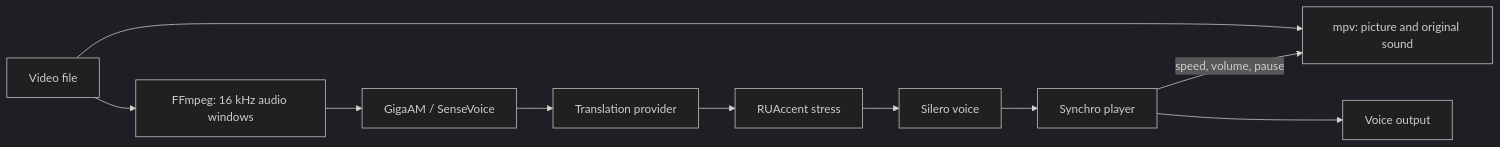
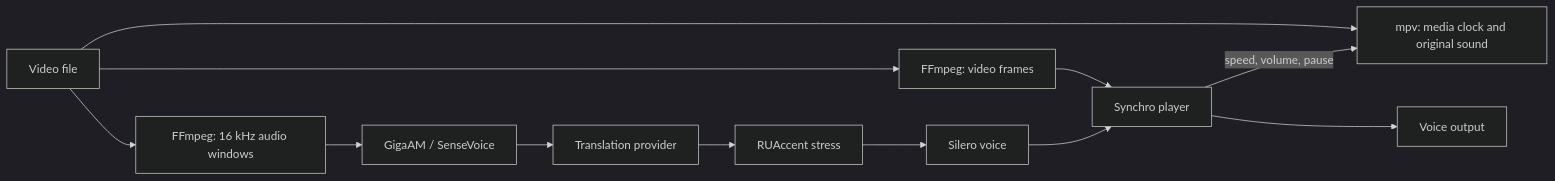
One commit to danifest751/synchro changed the diagram in desktop/README.md. Above: the diagram before and after it, drawn with Mermaid (dark theme). The commit also changed other lines of this file and 10 other files, not shown here.

````diff
--- a/desktop/README.md
+++ b/desktop/README.md
@@ -240,12 +243,14 @@
 ```mermaid
 flowchart LR
-    File[Video file] --> MPV[mpv: picture and original sound]
+    File[Video file] --> MPV[mpv: media clock and original sound]
+    File --> Frames[FFmpeg: video frames]
+    Frames --> Player
     File --> FFmpeg[FFmpeg: 16 kHz audio windows]
     FFmpeg --> ASR[GigaAM / SenseVoice]
     ASR --> Provider[Translation provider]
     Provider --> Stress[RUAccent stress]
     Stress --> Voice[Silero voice]
     Voice --> Player[Synchro player]
     Player -->|speed, volume, pause| MPV
     Player --> Speakers[Voice output]
 ```
````
